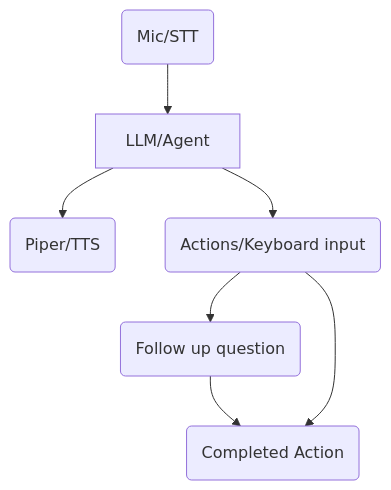
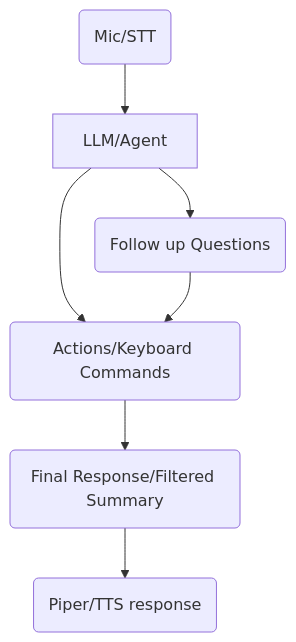
Before and after one commit to splat1745/Jarvis: the diagram in README.md, drawn with Mermaid.

Commit message:
Revise pipeline diagram in README
Updated the mermaid graph to reflect changes in the pipeline structure and terminology.

````diff
--- a/README.md
+++ b/README.md
@@ -11,9 +11,9 @@
 ```mermaid
 graph TD
   A(Mic/STT) --> B[LLM/Agent] 
-  B --> C1(Piper/TTS)
-  B --> C2(Actions/Keyboard input)
-  C2 --> D1(Follow up question)
-  D1 --> E(Completed Action)
-  C2 --> E
+  B --> C1(Actions/Keyboard Commands)
+  B --> C2(Follow up Questions)
+  C2 --> C1
+  C1 --> D(Final Response/Filtered Summary)
+  D --> E(Piper/TTS response)
 ```
````
